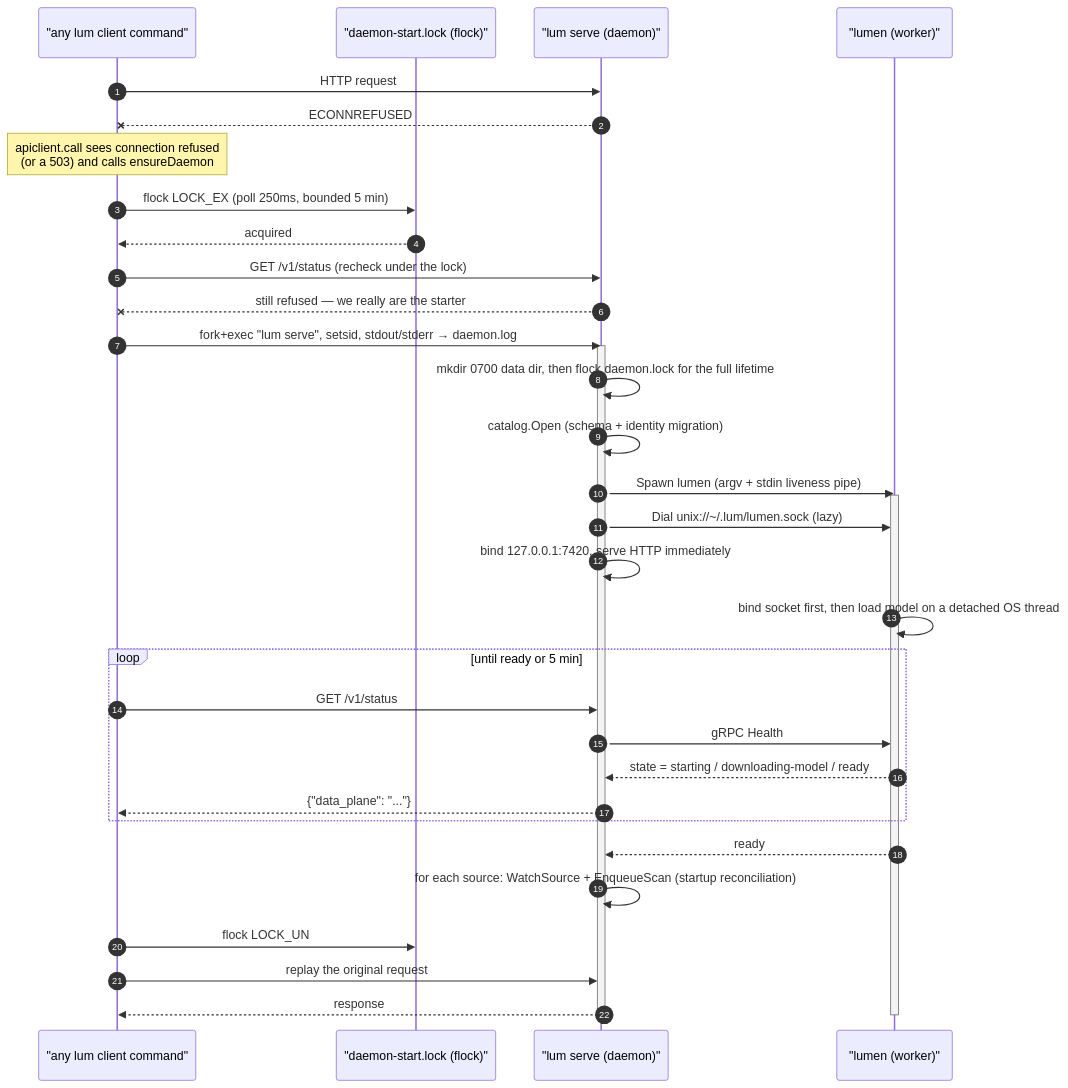
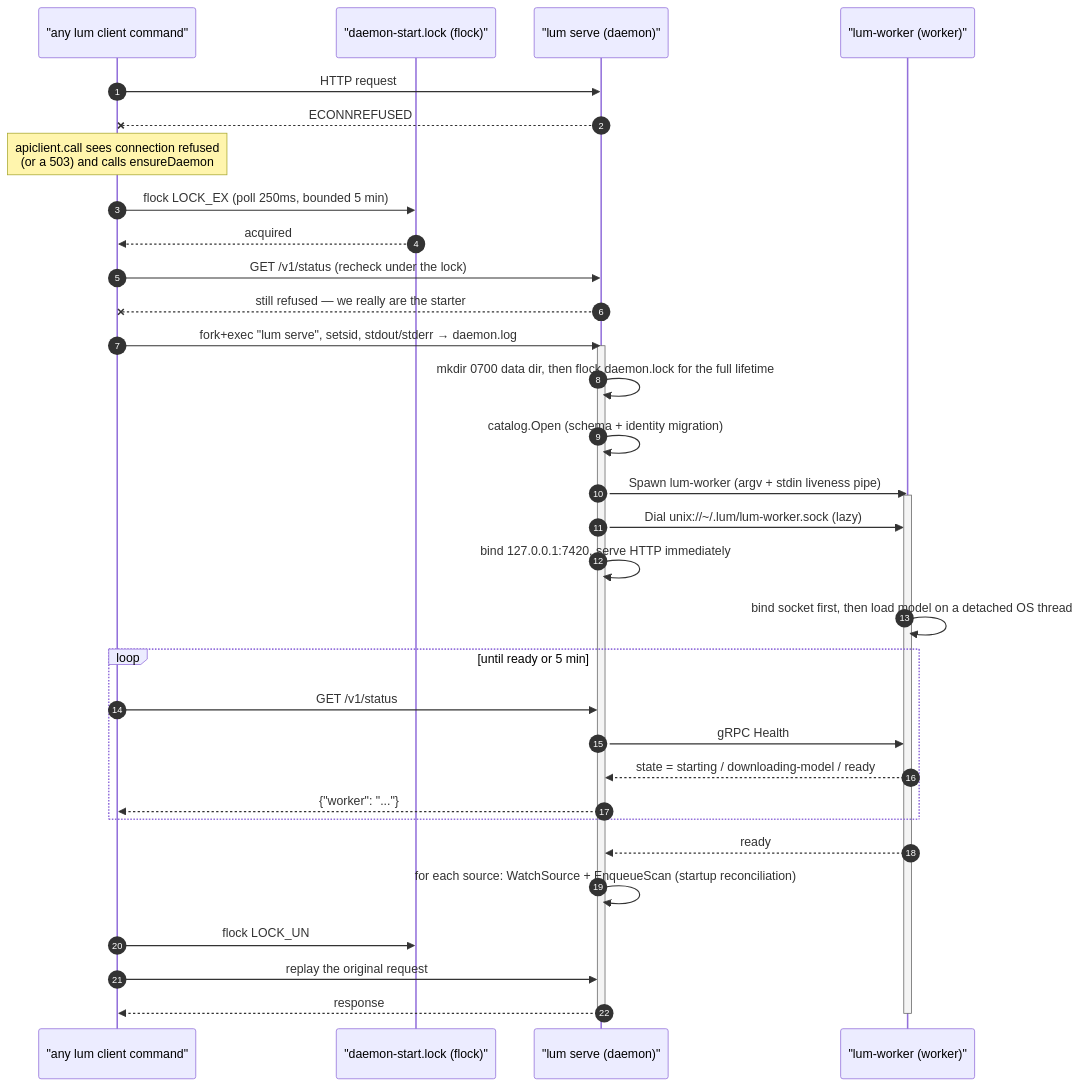
The second of 17 diagrams in docs/diagrams.md (alDuncanson/lum), drawn with Mermaid before and after one commit. The commit also changed other lines of this file and 107 other files, not shown here.

````diff
--- a/docs/diagrams.md
+++ b/docs/diagrams.md
@@ -126,38 +126,38 @@
 ```mermaid
 sequenceDiagram
     autonumber
     participant C as "any lum client command"
     participant L as "daemon-start.lock (flock)"
     participant D as "lum serve (daemon)"
-    participant W as "lumen (worker)"
+    participant W as "lum-worker (worker)"
 
     C->>D: HTTP request
     D--xC: ECONNREFUSED
     Note over C: apiclient.call sees connection refused<br/>(or a 503) and calls ensureDaemon
     C->>L: flock LOCK_EX (poll 250ms, bounded 5 min)
     L-->>C: acquired
     C->>D: GET /v1/status (recheck under the lock)
     D--xC: still refused — we really are the starter
     C->>D: fork+exec "lum serve", setsid, stdout/stderr → daemon.log
     activate D
     D->>D: mkdir 0700 data dir, then flock daemon.lock for the full lifetime
     D->>D: catalog.Open (schema + identity migration)
-    D->>W: Spawn lumen (argv + stdin liveness pipe)
+    D->>W: Spawn lum-worker (argv + stdin liveness pipe)
     activate W
-    D->>W: Dial unix://~/.lum/lumen.sock (lazy)
+    D->>W: Dial unix://~/.lum/lum-worker.sock (lazy)
     D->>D: bind 127.0.0.1:7420, serve HTTP immediately
     W->>W: bind socket first, then load model on a detached OS thread
     loop until ready or 5 min
         C->>D: GET /v1/status
         D->>W: gRPC Health
         W-->>D: state = starting / downloading-model / ready
-        D-->>C: {"data_plane": "..."}
+        D-->>C: {"worker": "..."}
     end
     W-->>D: ready
     D->>D: for each source: WatchSource + EnqueueScan (startup reconciliation)
     C->>L: flock LOCK_UN
     C->>D: replay the original request
     D-->>C: response
     deactivate W
     deactivate D
 ```
````
